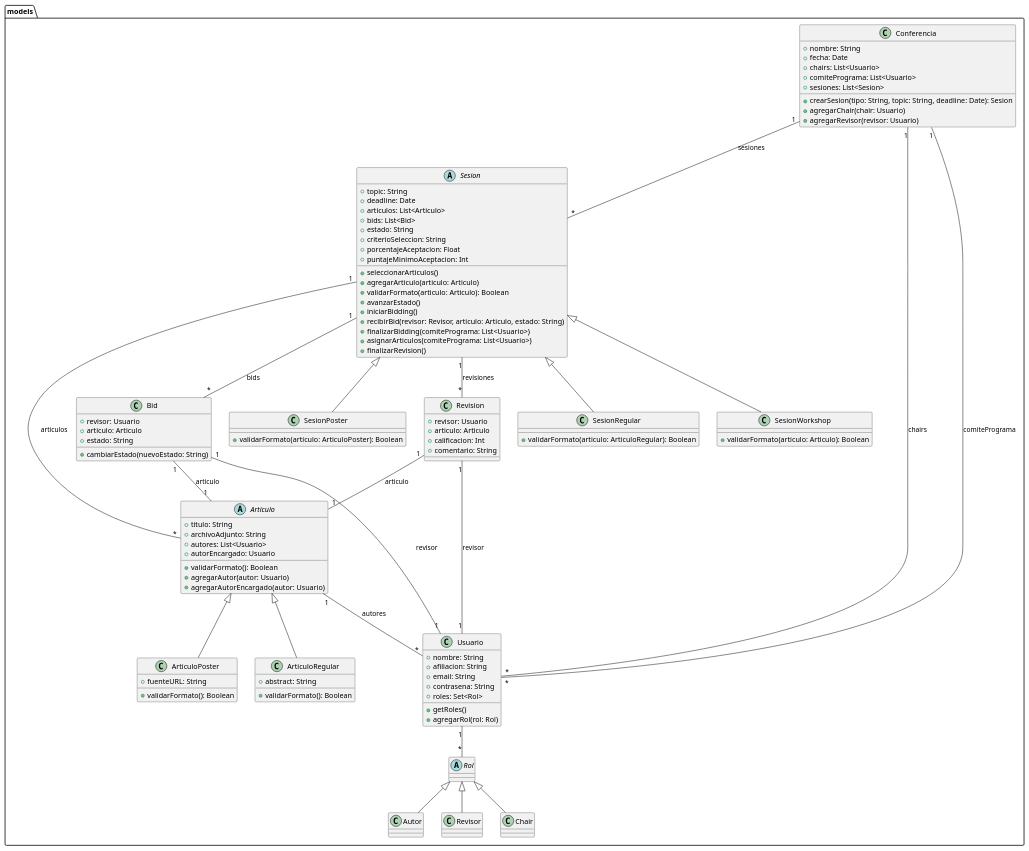
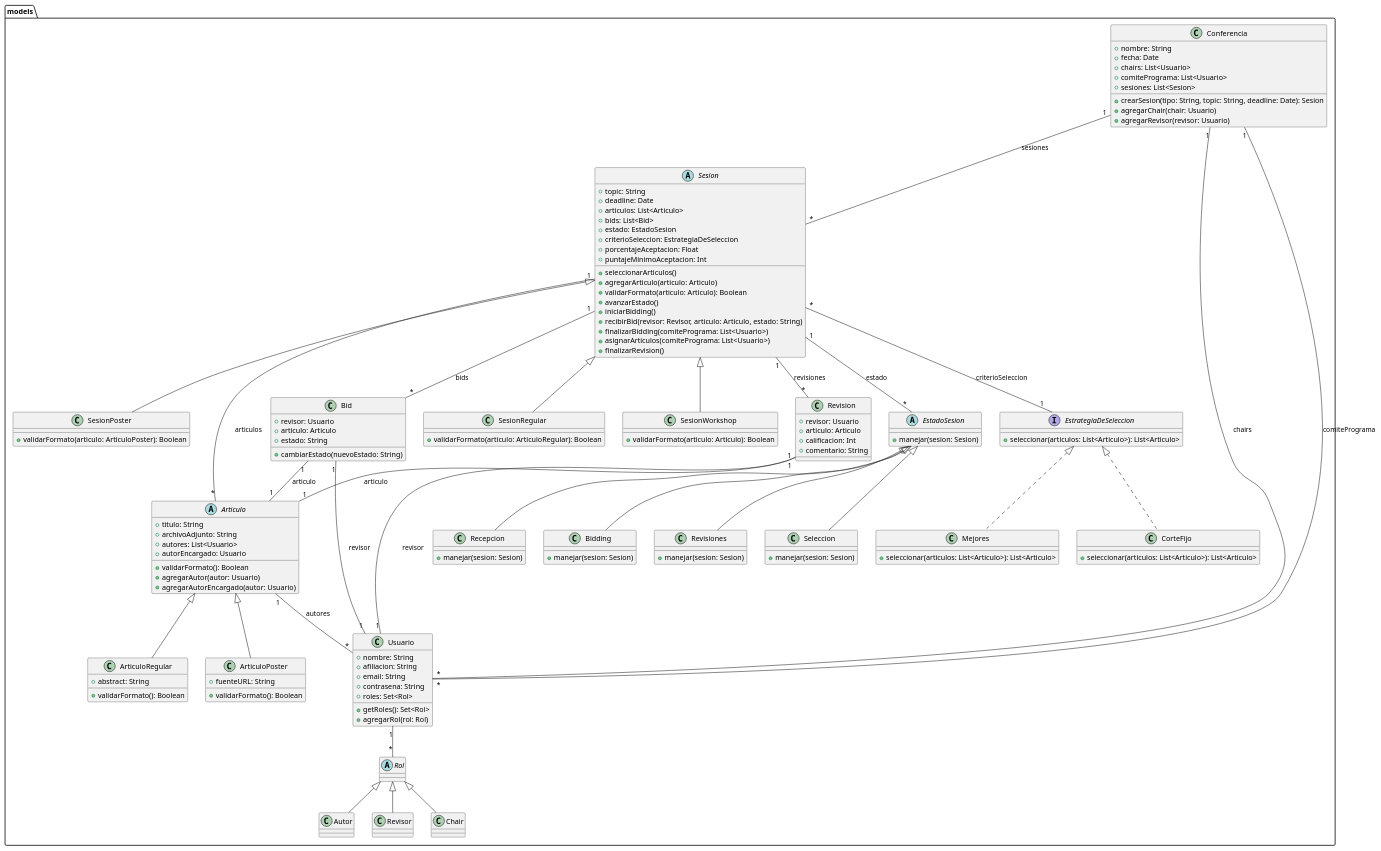
One commit to hadominguez/ComfyChair changed the diagram in docs/diagrama.puml. Above: the diagram before and after it, drawn with PlantUML. The commit also changed 2 other files, not shown here.

```diff
--- a/docs/diagrama.puml
+++ b/docs/diagrama.puml
@@ -1,117 +1,151 @@
 @startuml
 
 package models {
   class Usuario {
     +nombre: String
     +afiliacion: String
     +email: String
     +contrasena: String
     +roles: Set<Rol>
-    +getRoles()
+    +getRoles(): Set<Rol>
     +agregarRol(rol: Rol)
   }
 
   abstract class Rol {
   }
 
   class Autor extends Rol {
   }
 
   class Revisor extends Rol {
   }
 
   class Chair extends Rol {
   }
 
   class Conferencia {
     +nombre: String
     +fecha: Date
     +chairs: List<Usuario>
     +comitePrograma: List<Usuario>
     +sesiones: List<Sesion>
     +crearSesion(tipo: String, topic: String, deadline: Date): Sesion
     +agregarChair(chair: Usuario)
     +agregarRevisor(revisor: Usuario)
   }
 
   abstract class Sesion {
     +topic: String
     +deadline: Date
     +articulos: List<Articulo>
     +bids: List<Bid>
-    +estado: String
-    +criterioSeleccion: String
+    +estado: EstadoSesion
+    +criterioSeleccion: EstrategiaDeSeleccion
     +porcentajeAceptacion: Float
     +puntajeMinimoAceptacion: Int
     +seleccionarArticulos()
     +agregarArticulo(articulo: Articulo)
     +validarFormato(articulo: Articulo): Boolean
     +avanzarEstado()
     +iniciarBidding()
     +recibirBid(revisor: Revisor, articulo: Articulo, estado: String)
     +finalizarBidding(comitePrograma: List<Usuario>)
     +asignarArticulos(comitePrograma: List<Usuario>)
     +finalizarRevision()
   }
 
   class SesionRegular extends Sesion {
     +validarFormato(articulo: ArticuloRegular): Boolean
   }
 
   class SesionWorkshop extends Sesion {
     +validarFormato(articulo: Articulo): Boolean
   }
 
   class SesionPoster extends Sesion {
     +validarFormato(articulo: ArticuloPoster): Boolean
   }
 
   abstract class Articulo {
     +titulo: String
     +archivoAdjunto: String
     +autores: List<Usuario>
     +autorEncargado: Usuario
     +validarFormato(): Boolean
     +agregarAutor(autor: Usuario)
     +agregarAutorEncargado(autor: Usuario)
   }
 
   class ArticuloRegular extends Articulo {
     +abstract: String
     +validarFormato(): Boolean
   }
 
   class ArticuloPoster extends Articulo {
     +fuenteURL: String
     +validarFormato(): Boolean
   }
 
   class Revision {
     +revisor: Usuario
     +articulo: Articulo
     +calificacion: Int
     +comentario: String
   }
 
   class Bid {
     +revisor: Usuario
     +articulo: Articulo
     +estado: String
     +cambiarEstado(nuevoEstado: String)
   }
+
+  interface EstrategiaDeSeleccion {
+    +seleccionar(articulos: List<Articulo>): List<Articulo>
+  }
+
+  class Mejores implements EstrategiaDeSeleccion {
+    +seleccionar(articulos: List<Articulo>): List<Articulo>
+  }
+
+  class CorteFijo implements EstrategiaDeSeleccion {
+    +seleccionar(articulos: List<Articulo>): List<Articulo>
+  }
+
+  abstract class EstadoSesion {
+    +manejar(sesion: Sesion)
+  }
+
+  class Recepcion extends EstadoSesion {
+    +manejar(sesion: Sesion)
+  }
+
+  class Bidding extends EstadoSesion {
+    +manejar(sesion: Sesion)
+  }
+
+  class Revisiones extends EstadoSesion {
+    +manejar(sesion: Sesion)
+  }
+
+  class Seleccion extends EstadoSesion {
+    +manejar(sesion: Sesion)
+  }
 }
 
 Usuario "1" -- "*" Rol
 Conferencia "1" -- "*" Usuario : "chairs"
 Conferencia "1" -- "*" Usuario : "comitePrograma"
 Conferencia "1" -- "*" Sesion : "sesiones"
 Sesion "1" -- "*" Articulo : "articulos"
 Sesion "1" -- "*" Bid : "bids"
+Sesion "*" -- "1" EstrategiaDeSeleccion : "criterioSeleccion"
+Sesion "1" -- "*" EstadoSesion : "estado"
 Sesion "1" -- "*" Revision : "revisiones"
 Articulo "1" -- "*" Usuario : "autores"
 Bid "1" -- "1" Usuario : "revisor"
 Bid "1" -- "1" Articulo : "articulo"
 Revision "1" -- "1" Usuario : "revisor"
 Revision "1" -- "1" Articulo : "articulo"
 
 @enduml
```
